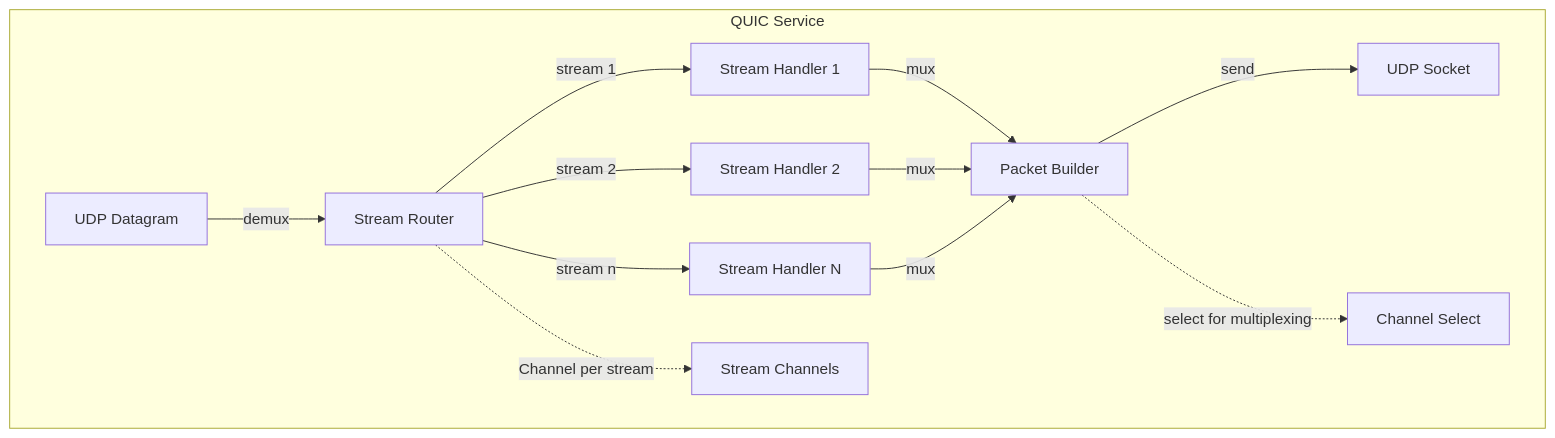
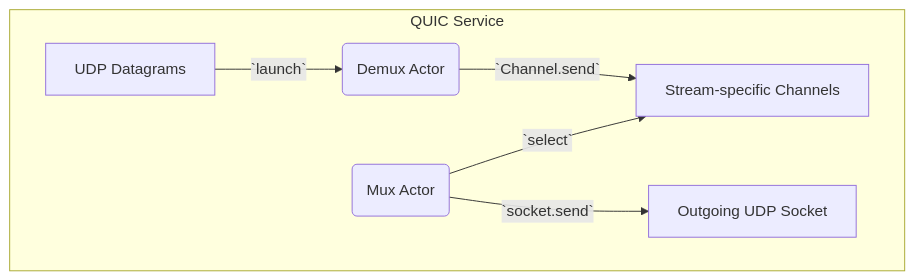
One commit to jnorthrup/superbikeshed changed the second of 4 diagrams in CHANNEL_COROUTINE_PATTERNS.md. Above: the diagram before and after it, drawn with Mermaid. The commit also changed other lines of this file and 56 other files, not shown here.

````diff
--- a/CHANNEL_COROUTINE_PATTERNS.md
+++ b/CHANNEL_COROUTINE_PATTERNS.md
@@ -49,15 +58,9 @@
 ```mermaid
 flowchart TD
     subgraph "QUIC Service"
-        A[UDP Datagram] -->|demux| B[Stream Router]
-        B -->|stream 1| C1[Stream Handler 1]
-        B -->|stream 2| C2[Stream Handler 2]
-        B -->|stream n| CN[Stream Handler N]
-        
-        C1 & C2 & CN -->|mux| D[Packet Builder]
-        D -->|send| E[UDP Socket]
-        
-        B -.->|Channel per stream| CH[Stream Channels]
-        D -.->|select for multiplexing| SEL[Channel Select]
+        A[UDP Datagrams] -->|`launch`| B(Demux Actor)
+        B -->|`Channel.send`| C[Stream-specific Channels]
+        D(Mux Actor) -->|`select`| C
+        D -->|`socket.send`| E[Outgoing UDP Socket]
     end
 ```
````
